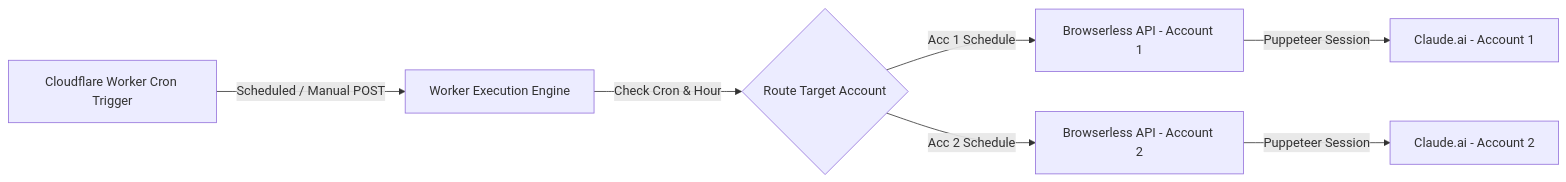
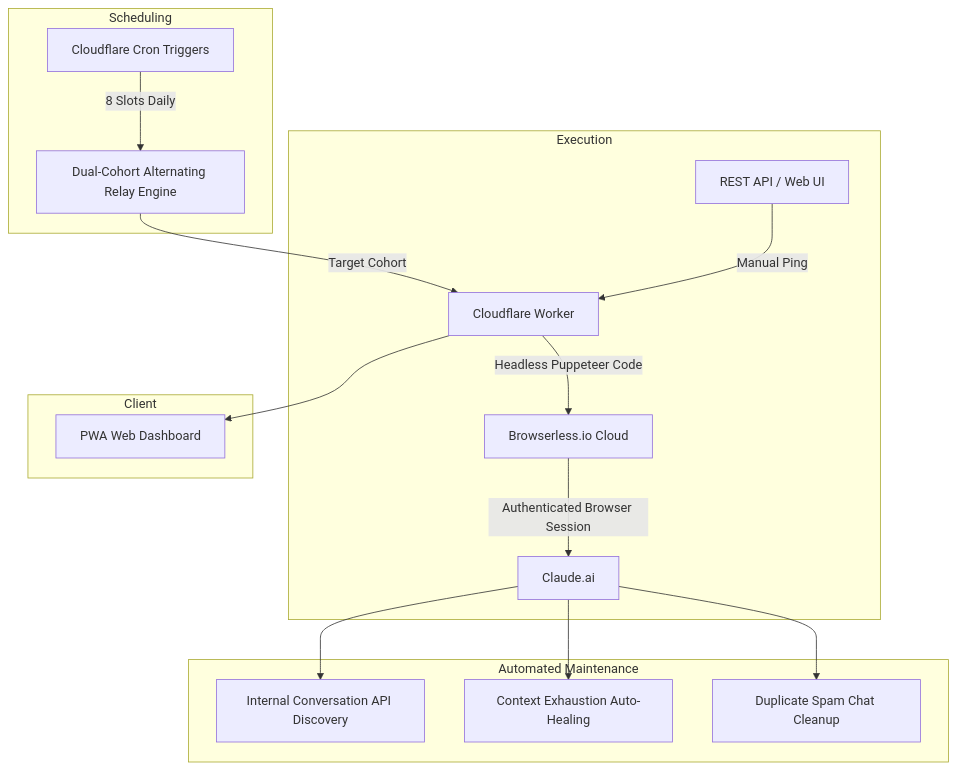
Before and after one commit to shlokkokk/claude-pinger: the diagram in README.md, drawn with Mermaid. The commit also changed other lines of this file, not shown here.

Commit message:
docs: add comprehensive architecture and deployment guide

````diff
--- a/README.md
+++ b/README.md
@@ -29,9 +22,23 @@
 ```mermaid
-flowchart LR
-    A[Cloudflare Worker Cron Trigger] -->|Scheduled / Manual POST| B[Worker Execution Engine]
-    B -->|Check Cron & Hour| C{Route Target Account}
-    C -->|Acc 1 Schedule| D[Browserless API - Account 1]
-    C -->|Acc 2 Schedule| E[Browserless API - Account 2]
-    D -->|Puppeteer Session| F[Claude.ai - Account 1]
-    E -->|Puppeteer Session| G[Claude.ai - Account 2]
+flowchart TD
+    subgraph Scheduling
+        CRON[Cloudflare Cron Triggers] -->|8 Slots Daily| RELAY[Dual-Cohort Alternating Relay Engine]
+    end
+
+    subgraph Execution
+        RELAY -->|Target Cohort| WORKER[Cloudflare Worker]
+        API[REST API / Web UI] -->|Manual Ping| WORKER
+        WORKER -->|Headless Puppeteer Code| BL[Browserless.io Cloud]
+        BL -->|Authenticated Browser Session| CLAUDE[Claude.ai]
+    end
+
+    subgraph Auto_Maintenance[Automated Maintenance]
+        CLAUDE --> DISCOVERY[Internal Conversation API Discovery]
+        CLAUDE --> HEALING[Context Exhaustion Auto-Healing]
+        CLAUDE --> CLEANUP[Duplicate Spam Chat Cleanup]
+    end
+
+    subgraph Client_Interfaces[Client]
+        WORKER --> DASHBOARD[PWA Web Dashboard]
+    end
 ```
````
